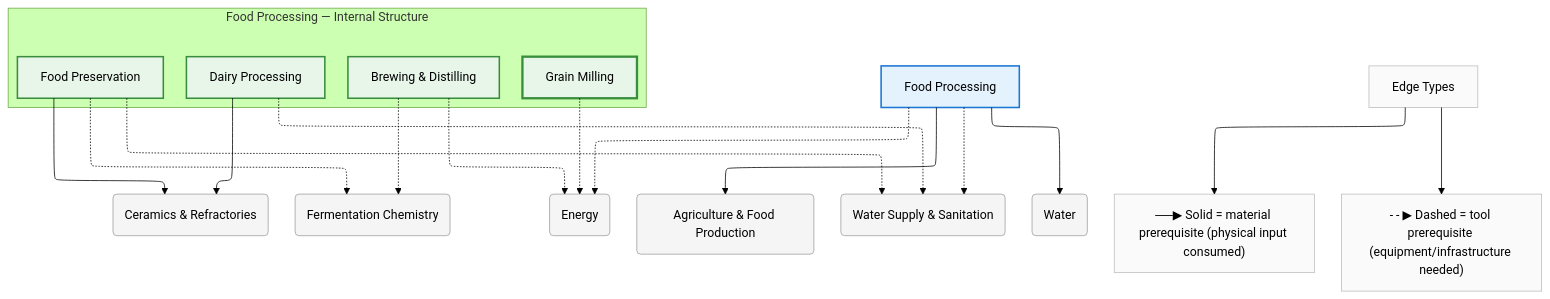
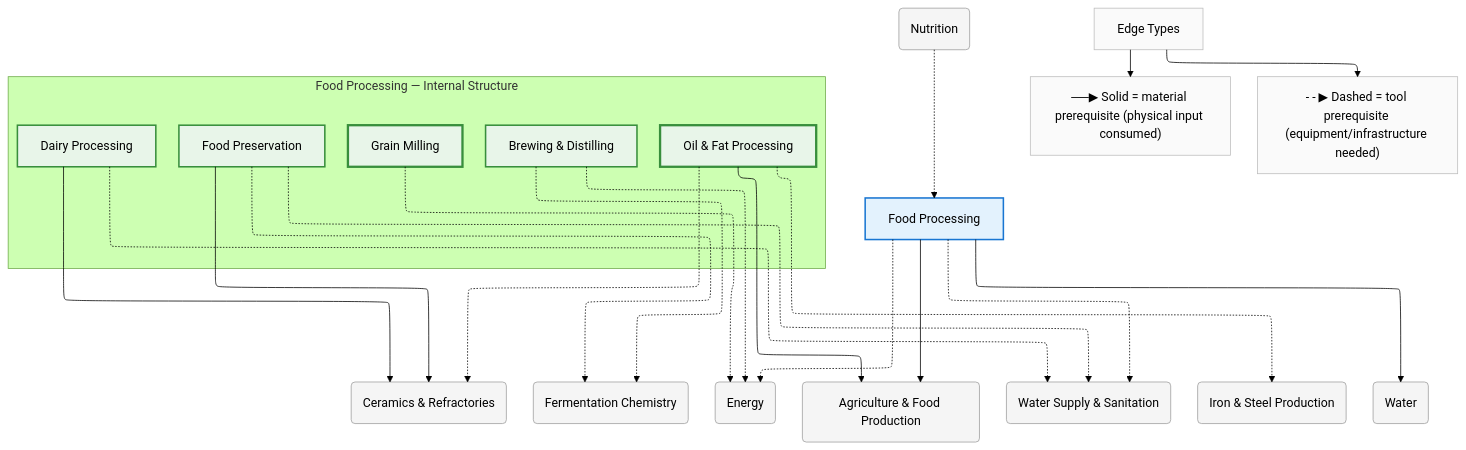
One commit to egofree/TechTree changed the diagram in diagrams/mermaid/food-processing.mmd. Above: the diagram before and after it, drawn with Mermaid (forest theme). The commit also changed 30 other files, not shown here.

First line of the commit message:
chore: regenerate diagrams after content expansion

```diff
--- a/diagrams/mermaid/food-processing.mmd
+++ b/diagrams/mermaid/food-processing.mmd
@@ -1,64 +1,74 @@
 %%{init: {"flowchart": {"defaultRenderer": "elk", "htmlLabels": true}}}%%
 graph TD
     %% Domain: Food Processing
 
     %% ==================== INTERNAL NODES ====================
     subgraph food-processing_internal ["Food Processing — Internal Structure"]
         direction TB
         food-processing_brewing["Brewing & Distilling"]
         food-processing_dairy["Dairy Processing"]
+        food-processing_oil-processing["Oil & Fat Processing"]
         food-processing_milling["Grain Milling"]
         food-processing_preservation["Food Preservation"]
     end
 
     %% ==================== DOMAIN NODE ====================
     food-processing["Food Processing"]
 
     %% ==================== EXTERNAL DEPENDENCIES ====================
     ceramics("Ceramics & Refractories")
     chemistry_petroleum-alternatives_fermentation("Fermentation Chemistry")
     energy("Energy")
     foundations_food-agriculture("Agriculture & Food Production")
+    health_nutrition("Nutrition")
     health_sanitation("Water Supply & Sanitation")
+    metals_iron-steel("Iron & Steel Production")
     water("Water")
 
     %% ==================== EDGES ====================
     food-processing_brewing -.-> chemistry_petroleum-alternatives_fermentation
     food-processing_brewing -.-> energy
     food-processing_dairy --> ceramics
     food-processing_dairy -.-> health_sanitation
     food-processing_milling -.-> energy
+    food-processing_oil-processing -.-> ceramics
+    food-processing_oil-processing --> foundations_food-agriculture
+    food-processing_oil-processing -.-> metals_iron-steel
     food-processing_preservation --> ceramics
     food-processing_preservation -.-> chemistry_petroleum-alternatives_fermentation
     food-processing_preservation -.-> health_sanitation
     food-processing -.-> energy
     food-processing --> foundations_food-agriculture
     food-processing -.-> health_sanitation
     food-processing --> water
+    health_nutrition -.-> food-processing
 
     %% ==================== EDGE TYPE LEGEND ====================
     EdgeLegend["Edge Types"]
     EdgeLegend --> MatNote["──▶ Solid = material prerequisite (physical input consumed)"]
     EdgeLegend --> ToolNote["- - ▶ Dashed = tool prerequisite (equipment/infrastructure needed)"]
 
     %% ==================== STYLING ====================
     classDef domain fill:#e3f2fd,stroke:#1976d2,stroke-width:2px
     classDef capability fill:#e8f5e9,stroke:#388e3c,stroke-width:2px
     classDef process fill:#fff3e0,stroke:#f57c00,stroke-width:2px
     classDef critical fill:#fff3e0,stroke:#f57c00,stroke-width:3px
     classDef earlyWin fill:#e8f5e9,stroke:#388e3c,stroke-width:3px
     classDef pinnacle fill:#fce4ec,stroke:#c62828,stroke-width:3px
     classDef external fill:#f5f5f5,stroke:#9e9e9e,stroke-width:1px
     classDef legend fill:#fafafa,stroke:#bdbdbd,stroke-width:1px
     class food-processing domain
     class food-processing_brewing capability
     class food-processing_dairy capability
+    class food-processing_oil-processing earlyWin
     class food-processing_milling earlyWin
     class food-processing_preservation capability
     class ceramics external
     class chemistry_petroleum-alternatives_fermentation external
     class energy external
     class foundations_food-agriculture external
+    class health_nutrition external
     class health_sanitation external
+    class metals_iron-steel external
     class water external
     class EdgeLegend,MatNote,ToolNote legend
```
